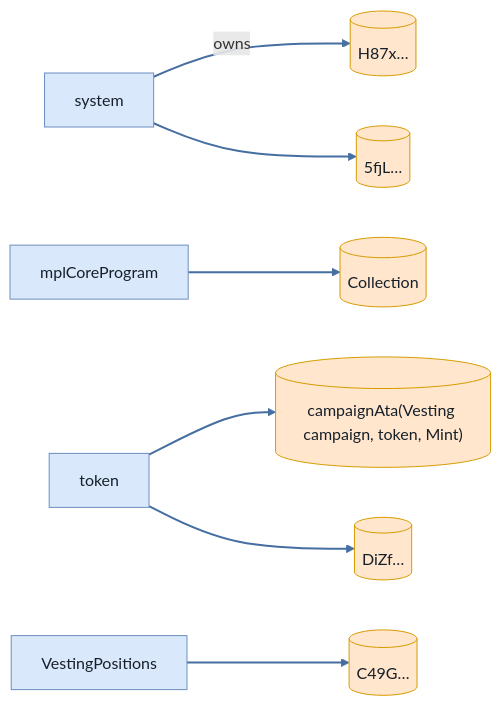
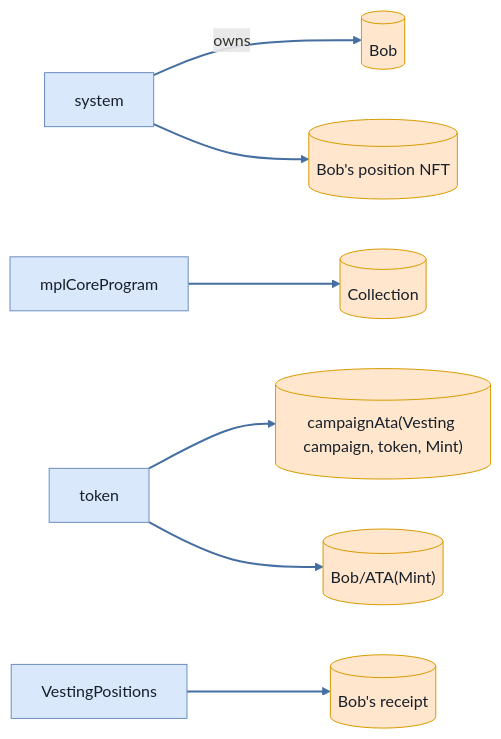
One commit to cds-turbin3/vesting-position changed the ninth of 9 diagrams in babelfish-tests/test-report/clawback_unclaimed_recovers_allocation_and_blocks_claim.md. Above: the diagram before and after it, drawn with Mermaid. The commit also changed other lines of this file and 104 other files, not shown here.

````diff
--- a/babelfish-tests/test-report/clawback_unclaimed_recovers_allocation_and_blocks_claim.md
+++ b/babelfish-tests/test-report/clawback_unclaimed_recovers_allocation_and_blocks_claim.md
@@ -369,23 +368,23 @@
 ```mermaid
 flowchart LR
     system["system"]:::program
-    H87x[("H87x…")]:::state
+    Bob[("Bob")]:::state
     mplCoreProgram["mplCoreProgram"]:::program
     Collection[("Collection")]:::state
     token["token"]:::program
     campaignAtaVestingcampaigntokenMint[("campaignAta(Vesting campaign, token, Mint)")]:::state
-    DiZf[("DiZf…")]:::state
-    n5fjL[("5fjL…")]:::state
+    BobATAMint[("Bob/ATA(Mint)")]:::state
+    BobspositionNFT[("Bob's position NFT")]:::state
     VestingPositions["VestingPositions"]:::program
-    C49G[("C49G…")]:::state
-    system -->|owns| H87x
+    Bobsreceipt[("Bob's receipt")]:::state
+    system -->|owns| Bob
     mplCoreProgram --> Collection
     token --> campaignAtaVestingcampaigntokenMint
-    token --> DiZf
-    system --> n5fjL
-    VestingPositions --> C49G
+    token --> BobATAMint
+    system --> BobspositionNFT
+    VestingPositions --> Bobsreceipt
     classDef program fill:#dae8fc,stroke:#6c8ebf,color:#17202a;
     classDef signer fill:#d5e8d4,stroke:#82b366,color:#17202a;
     classDef state fill:#ffe6cc,stroke:#d79b00,color:#17202a;
     linkStyle 0,1,2,3,4,5 stroke:#456ea1,stroke-width:2px
 ```
````
